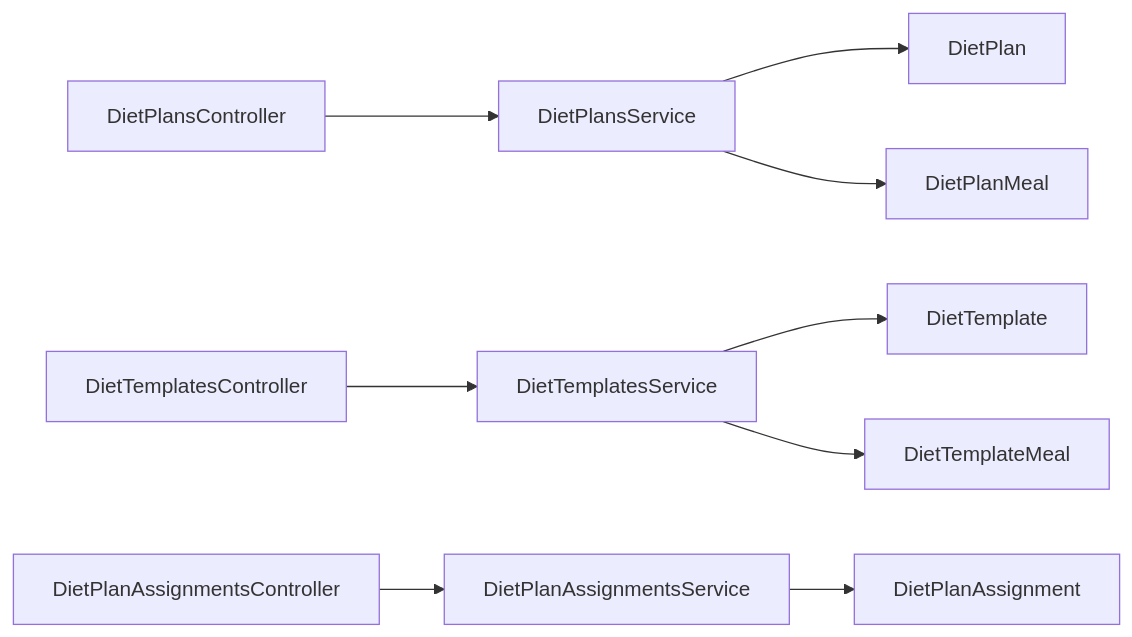
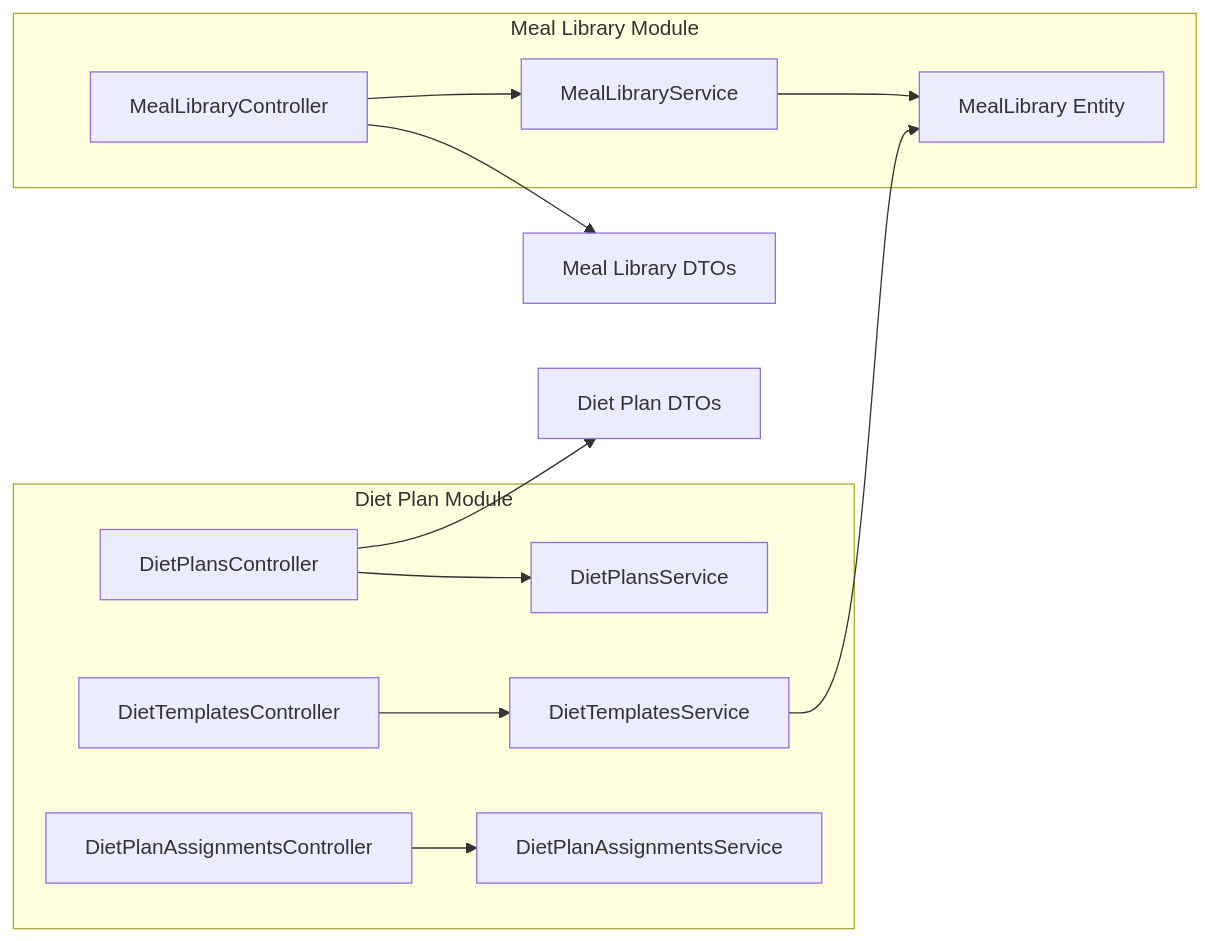
Before and after one commit to macintoshUserchg/nest_js_gym_backend_current: the ninth of 9 diagrams in .qoder/repowiki/en/content/Core Modules & Features/Nutrition Programs/Meal Library Management.md, drawn with Mermaid. The commit also changed other lines of this file and 6 other files, not shown here.

````diff
--- a/.qoder/repowiki/en/content/Core Modules & Features/Nutrition Programs/Meal Library Management.md
+++ b/.qoder/repowiki/en/content/Core Modules & Features/Nutrition Programs/Meal Library Management.md
@@ -382,11 +539,15 @@
 ```mermaid
 graph LR
-Ctrl1["DietPlansController"] --> Svc1["DietPlansService"]
-Ctrl2["DietTemplatesController"] --> Svc2["DietTemplatesService"]
-Ctrl3["DietPlanAssignmentsController"] --> Svc3["DietPlanAssignmentsService"]
-Svc1 --> Ent1["DietPlan"]
-Svc1 --> Ent2["DietPlanMeal"]
-Svc2 --> Ent3["DietTemplate"]
-Svc2 --> Ent4["DietTemplateMeal"]
-Svc3 --> Ent5["DietPlanAssignment"]
+subgraph "Meal Library Module"
+MLCtrl["MealLibraryController"] --> MLSvc["MealLibraryService"]
+MLSvc --> MLEnt["MealLibrary Entity"]
+end
+subgraph "Diet Plan Module"
+DPCtrl["DietPlansController"] --> DPSvc["DietPlansService"]
+DTCtrl["DietTemplatesController"] --> DTSvc["DietTemplatesService"]
+DPACtrl["DietPlanAssignmentsController"] --> DPASvc["DietPlanAssignmentsService"]
+end
+MLCtrl --> MLDTO["Meal Library DTOs"]
+DPCtrl --> DPDTO["Diet Plan DTOs"]
+DTSvc --> MLEnt
 ```
````
